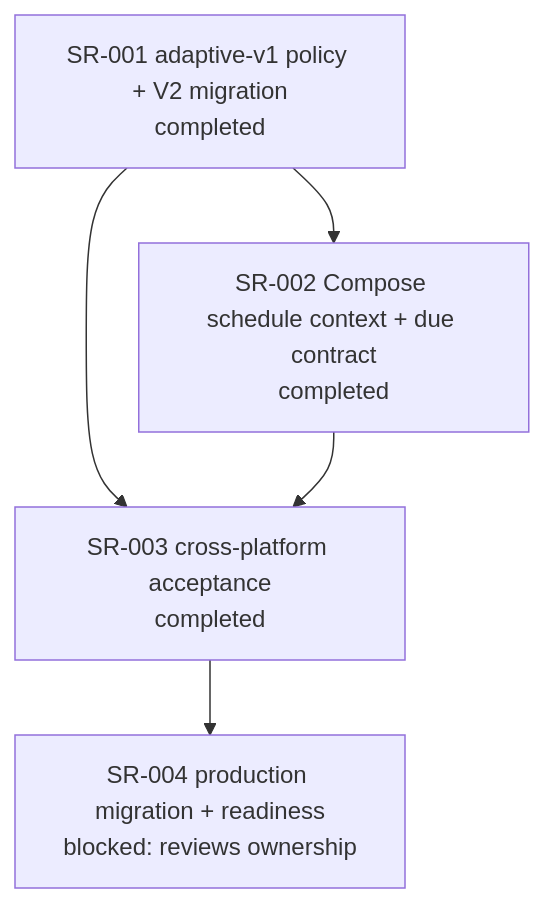
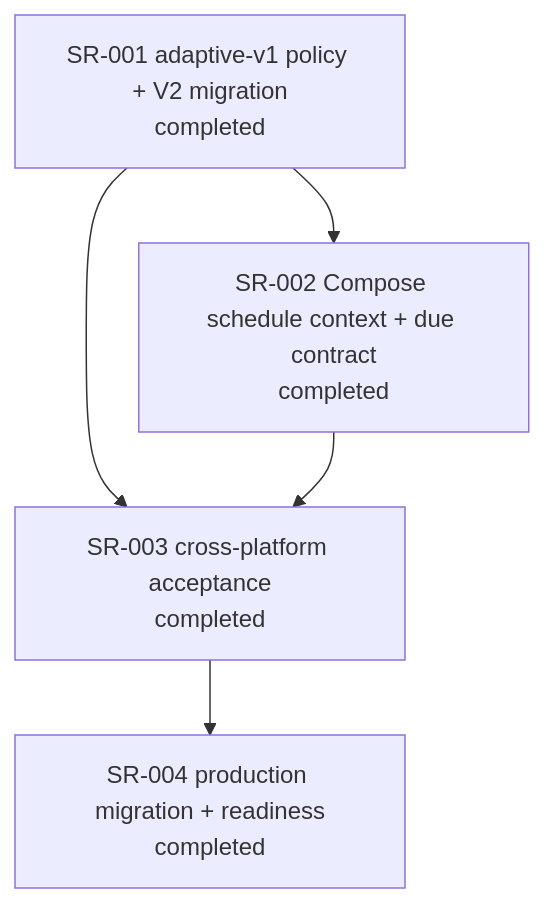
One commit to allenljf/algorithm-learning changed the sixth of 6 diagrams in agent-workflow/WORK_GRAPH.md. Above: the diagram before and after it, drawn with Mermaid. The commit also changed 3 other files, not shown here.

Commit message:
chore: close out SR-004 production migration

````diff
--- a/agent-workflow/WORK_GRAPH.md
+++ b/agent-workflow/WORK_GRAPH.md
@@ -149,12 +149,12 @@
 ```mermaid
 flowchart TD
   S1[SR-001 adaptive-v1 policy + V2 migration\ncompleted]
   S2[SR-002 Compose schedule context + due contract\ncompleted]
   S3[SR-003 cross-platform acceptance\ncompleted]
-  S4[SR-004 production migration + readiness\nblocked: reviews ownership]
+  S4[SR-004 production migration + readiness\ncompleted]
 
   S1 --> S2
   S1 --> S3
   S2 --> S3
   S3 --> S4
 ```
````
